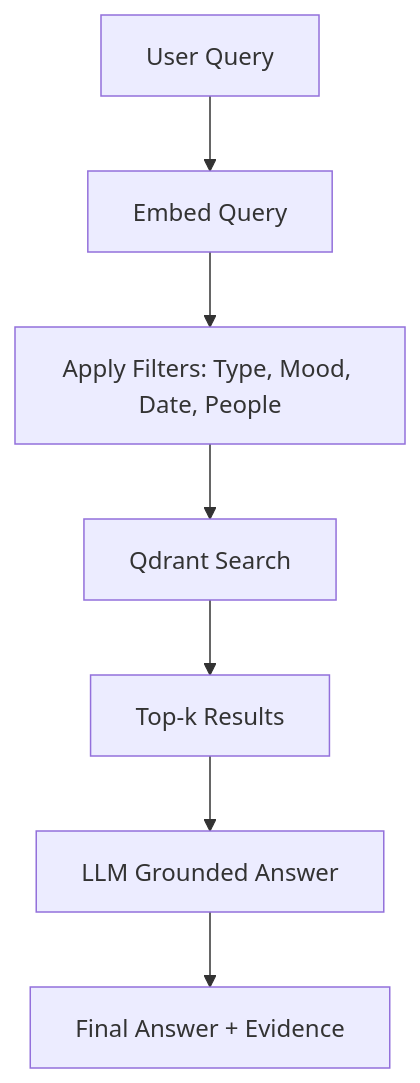
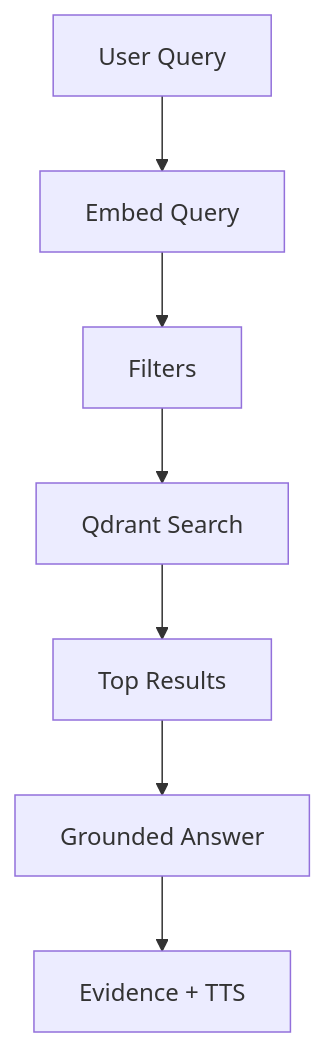
One commit to deepdas2607/LifeLens changed the third of 4 diagrams in README.md. Above: the diagram before and after it, drawn with Mermaid. The commit also changed other lines of this file, not shown here.

````diff
--- a/README.md
+++ b/README.md
@@ -168,9 +199,9 @@
 ```mermaid
 flowchart TD
-    QRY[User Query] --> EMBQ[Embed Query]
-    EMBQ --> FILT[Apply Filters: Type, Mood, Date, People]
-    FILT --> QD[Qdrant Search]
-    QD --> TOPK[Top-k Results]
-    TOPK --> LLM[LLM Grounded Answer]
-    LLM --> RESP[Final Answer + Evidence]
+QRY[User Query] --> EMBQ[Embed Query]
+EMBQ --> FILT[Filters]
+FILT --> QDR[Qdrant Search]
+QDR --> TOPK[Top Results]
+TOPK --> LLM[Grounded Answer]
+LLM --> RESP[Evidence + TTS]
 ```
````
